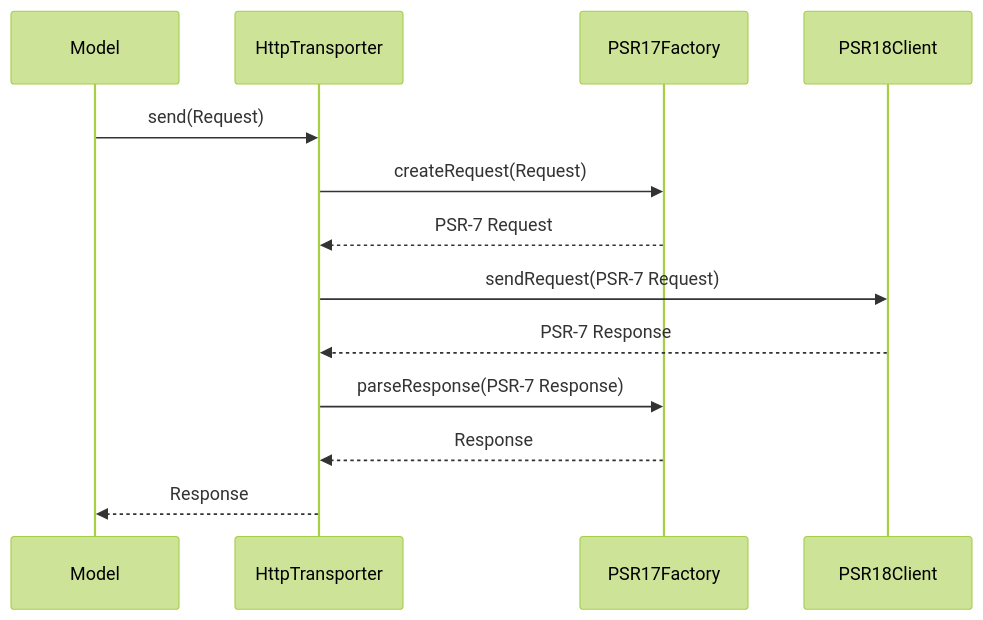
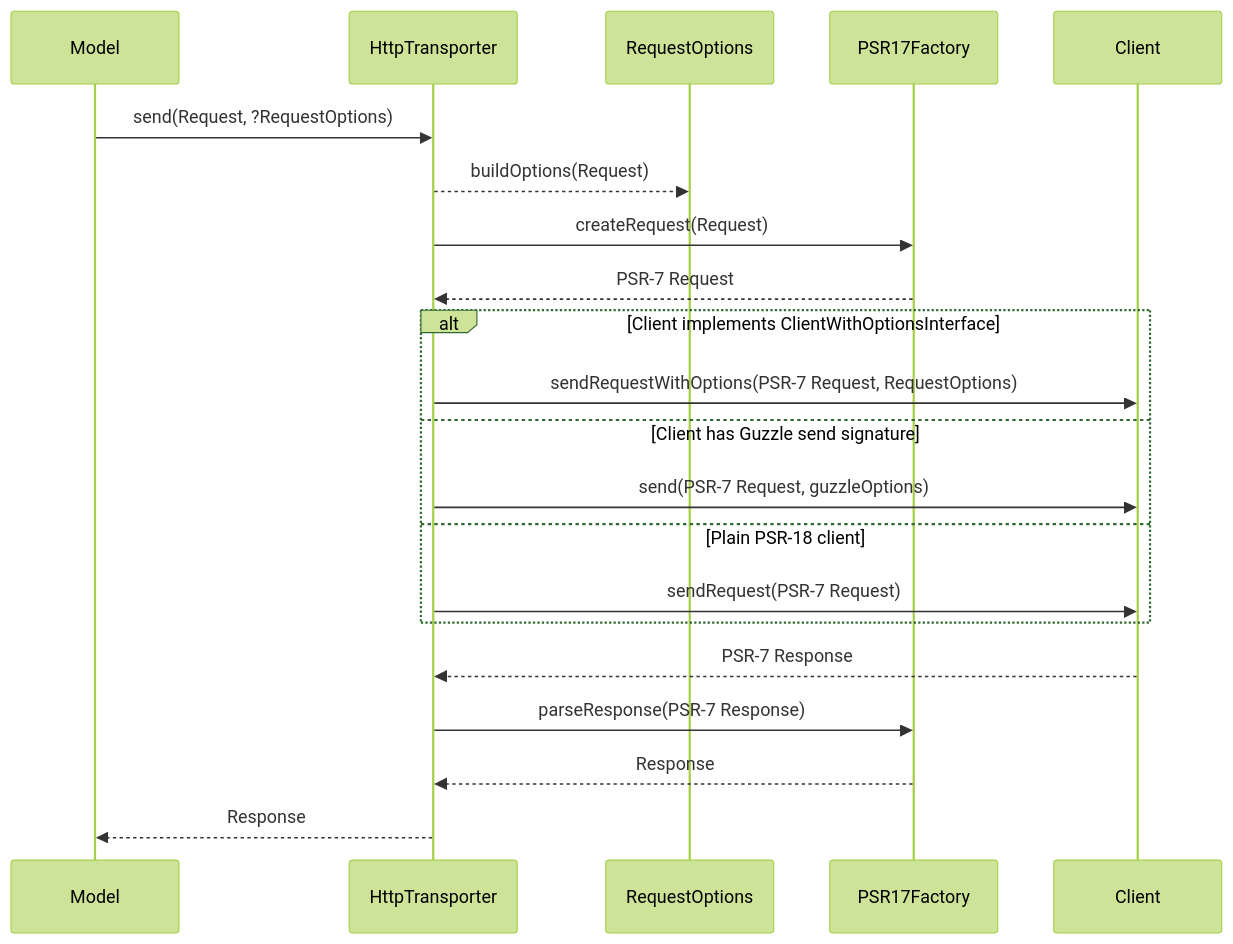
The fifth of 6 diagrams in docs/ARCHITECTURE.md (WordPress/php-ai-client), drawn with Mermaid (forest theme) before and after one commit. The commit also changed other lines of this file, not shown here.

Commit message:
chore: updates architecture doc

````diff
--- a/docs/ARCHITECTURE.md
+++ b/docs/ARCHITECTURE.md
@@ -801,16 +803,24 @@
 ```mermaid
 sequenceDiagram
     participant Model
     participant HttpTransporter
+    participant RequestOptions
     participant PSR17Factory
-    participant PSR18Client
-    
-    Model->>HttpTransporter: send(Request)
+    participant Client
+
+    Model->>HttpTransporter: send(Request, ?RequestOptions)
+    HttpTransporter-->>RequestOptions: buildOptions(Request)
     HttpTransporter->>PSR17Factory: createRequest(Request)
     PSR17Factory-->>HttpTransporter: PSR-7 Request
-    HttpTransporter->>PSR18Client: sendRequest(PSR-7 Request)
-    PSR18Client-->>HttpTransporter: PSR-7 Response
+    alt Client implements ClientWithOptionsInterface
+        HttpTransporter->>Client: sendRequestWithOptions(PSR-7 Request, RequestOptions)
+    else Client has Guzzle send signature
+        HttpTransporter->>Client: send(PSR-7 Request, guzzleOptions)
+    else Plain PSR-18 client
+        HttpTransporter->>Client: sendRequest(PSR-7 Request)
+    end
+    Client-->>HttpTransporter: PSR-7 Response
     HttpTransporter->>PSR17Factory: parseResponse(PSR-7 Response)
     PSR17Factory-->>HttpTransporter: Response
     HttpTransporter-->>Model: Response
 ```
````
